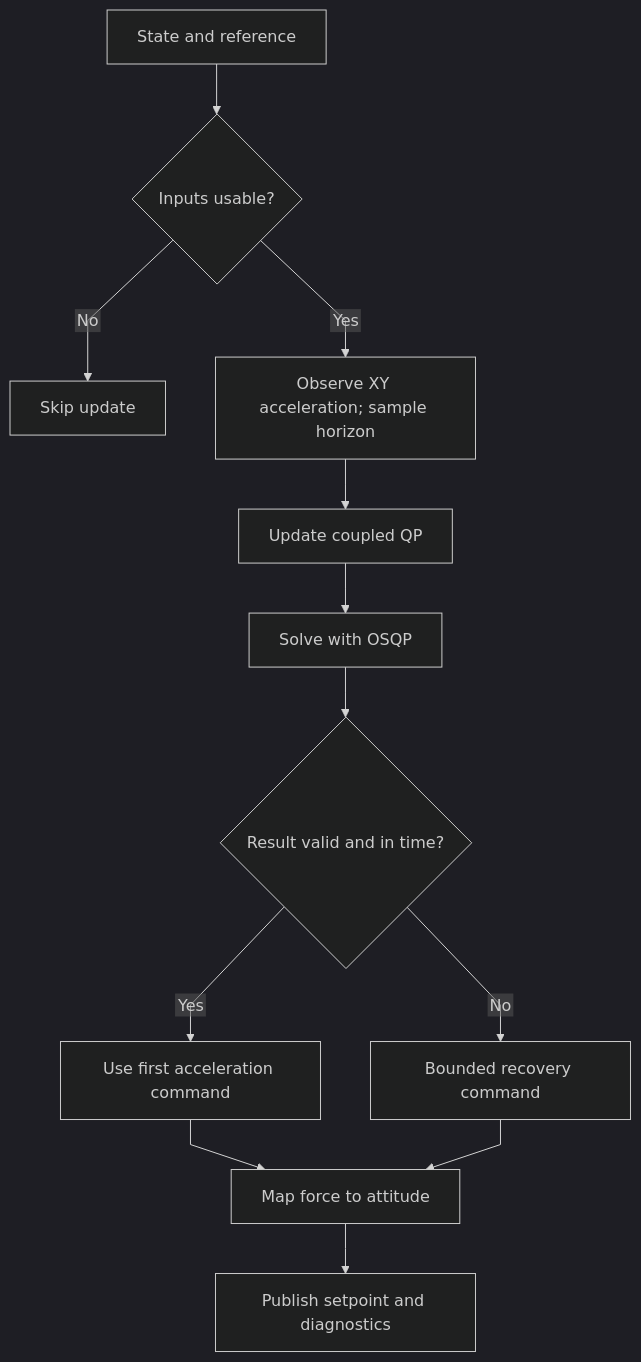
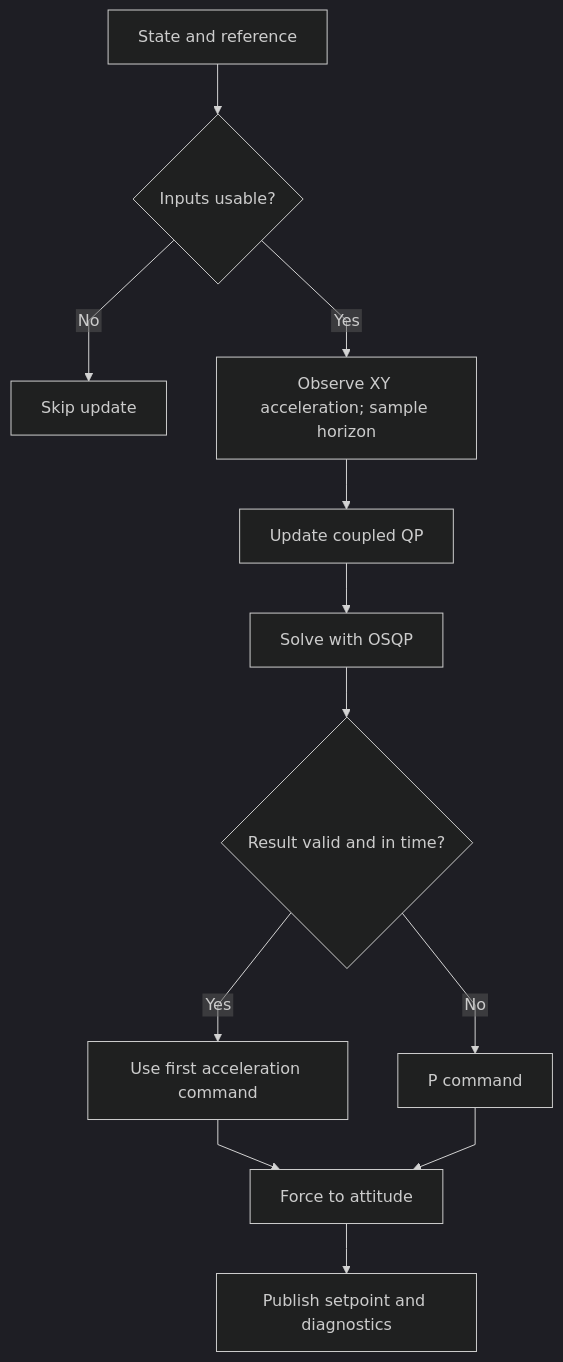
Before and after one commit to bluemoonfake/mpc_control: the second of 2 diagrams in README.md, drawn with Mermaid (dark theme). The commit also changed other lines of this file, not shown here.

````diff
--- a/README.md
+++ b/README.md
@@ -50,15 +46,15 @@
 ```mermaid
 %%{init: {"flowchart": {"curve": "linear", "htmlLabels": false}}}%%
 flowchart TD
     Input["State and reference"] --> Gate{"Inputs usable?"}
     Gate -->|No| Skip["Skip update"]
     Gate -->|Yes| Prepare["Observe XY acceleration; sample horizon"]
     Prepare --> QP["Update coupled QP"]
     QP --> Solve["Solve with OSQP"]
     Solve --> Check{"Result valid and in time?"}
     Check -->|Yes| Command["Use first acceleration command"]
-    Check -->|No| Recovery["Bounded recovery command"]
-    Command --> Map["Map force to attitude"]
+    Check -->|No| Recovery["P command"]
+    Command --> Map["Force to attitude"]
     Recovery --> Map
     Map --> Publish["Publish setpoint and diagnostics"]
 ```
````
